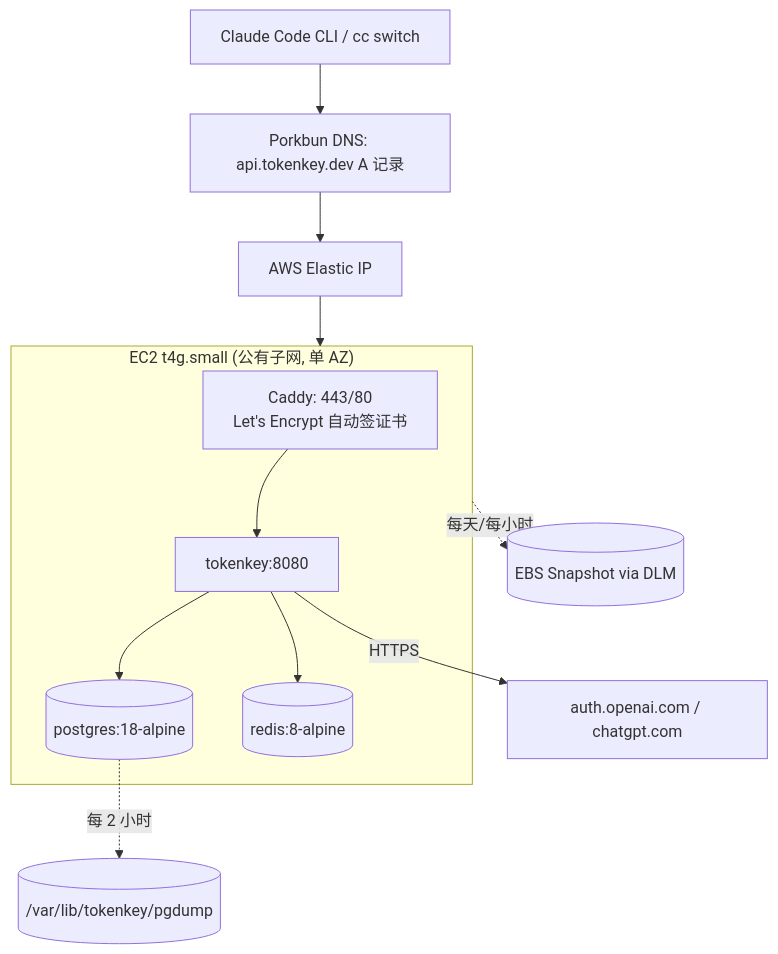
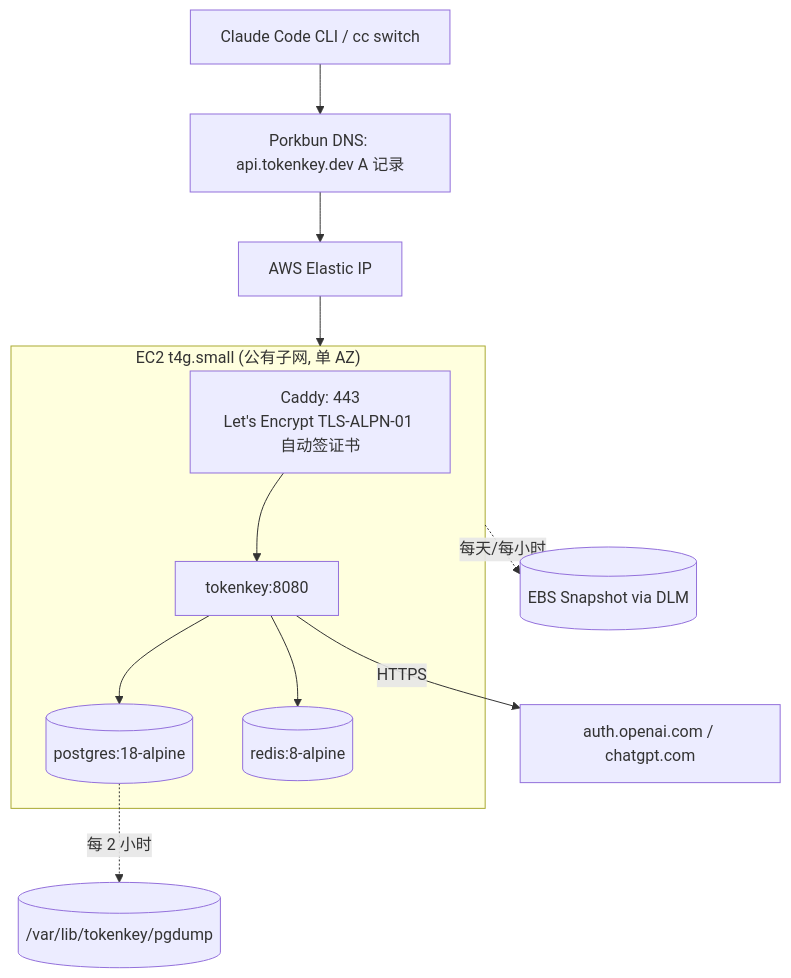
The diagram in docs/deploy/aws-us-openai-gateway-deployment.md (youxuanxue/sub2api), drawn with Mermaid before and after one commit. The commit also changed other lines of this file and 13 other files, not shown here.

First line of the commit message:
chore(deploy): 收窄 prod/edge 公网端口到 443-only（关 22+80，证书改 TLS-ALPN-01） (#720)

````diff
--- a/docs/deploy/aws-us-openai-gateway-deployment.md
+++ b/docs/deploy/aws-us-openai-gateway-deployment.md
@@ -59,20 +59,20 @@
 ```mermaid
 flowchart TD
     USER[Claude Code CLI / cc switch] --> DNS[Porkbun DNS: api.tokenkey.dev A 记录]
     DNS --> EIP[AWS Elastic IP]
     EIP --> EC2
 
     subgraph EC2["EC2 t4g.small (公有子网, 单 AZ)"]
-        CADDY[Caddy: 443/80<br/>Let's Encrypt 自动签证书]
+        CADDY[Caddy: 443<br/>Let's Encrypt TLS-ALPN-01 自动签证书]
         APP[tokenkey:8080]
         PG[(postgres:18-alpine)]
         RDS[(redis:8-alpine)]
         CADDY --> APP
         APP --> PG
         APP --> RDS
     end
 
     APP -- HTTPS --> OAI[auth.openai.com / chatgpt.com]
     EC2 -. 每天/每小时 .-> EBS_SNAP[(EBS Snapshot via DLM)]
     PG -. 每 2 小时 .-> PGDUMP[(/var/lib/tokenkey/pgdump)]
 ```
````
